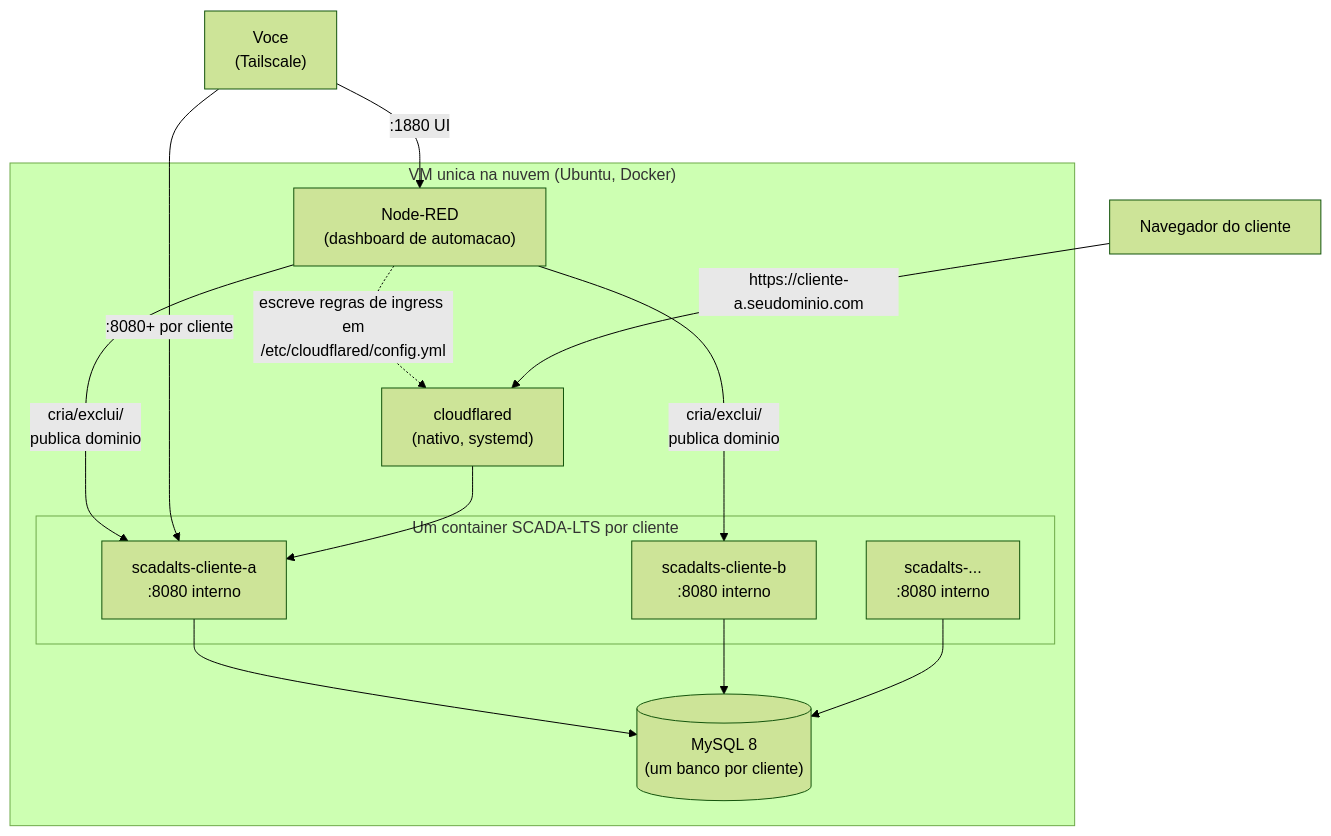
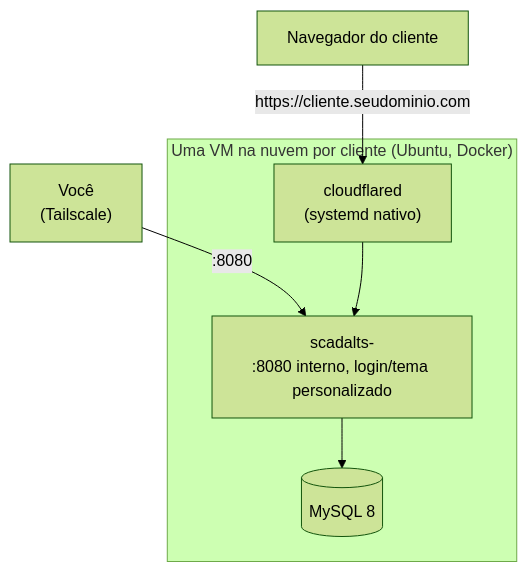
The diagram in README.pt-BR.md (IAMTHECHRIS/I.O-Multitenant-VM-ScadaLTS), drawn with Mermaid (forest theme) before and after one commit. The commit also changed other lines of this file and 10 other files, not shown here.

First line of the commit message:
refactor: guia publico vira o processo real de producao (1 VM por cliente)

````diff
--- a/README.pt-BR.md
+++ b/README.pt-BR.md
@@ -7,23 +16,12 @@
 ```mermaid
 flowchart TB
-    subgraph VM["VM unica na nuvem (Ubuntu, Docker)"]
-        MySQL[("MySQL 8\n(um banco por cliente)")]
-        subgraph Clients["Um container SCADA-LTS por cliente"]
-            C1["scadalts-cliente-a\n:8080 interno"]
-            C2["scadalts-cliente-b\n:8080 interno"]
-            C3["scadalts-...\n:8080 interno"]
-        end
-        NodeRED["Node-RED\n(dashboard de automacao)"]
-        Cloudflared["cloudflared\n(nativo, systemd)"]
-        C1 --> MySQL
-        C2 --> MySQL
-        C3 --> MySQL
-        NodeRED -->|cria/exclui/\npublica dominio| C1
-        NodeRED -->|cria/exclui/\npublica dominio| C2
-        NodeRED -.->|escreve regras de ingress em\n/etc/cloudflared/config.yml| Cloudflared
+    subgraph VM["Uma VM na nuvem por cliente (Ubuntu, Docker)"]
+        MySQL[("MySQL 8")]
+        SCADA["scadalts-<cliente>\n:8080 interno, login/tema personalizado"]
+        Cloudflared["cloudflared\n(systemd nativo)"]
+        SCADA --> MySQL
     end
-    Admin["Voce\n(Tailscale)"] -->|:1880 UI| NodeRED
-    Admin -->|:8080+ por cliente| C1
-    Browser["Navegador do cliente"] -->|https://cliente-a.seudominio.com| Cloudflared
-    Cloudflared --> C1
+    Admin["Você\n(Tailscale)"] -->|:8080| SCADA
+    Browser["Navegador do cliente"] -->|https://cliente.seudominio.com| Cloudflared
+    Cloudflared --> SCADA
 ```
````
